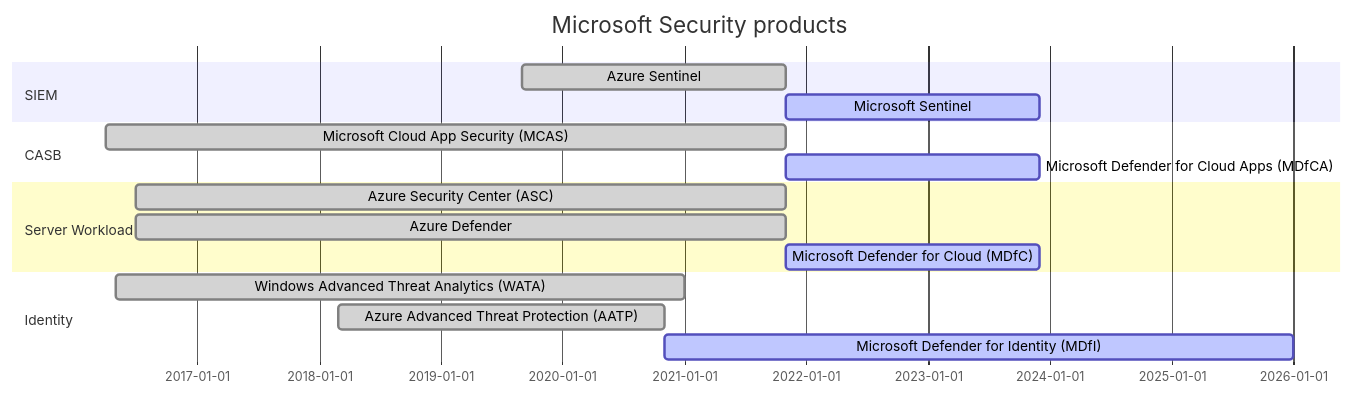
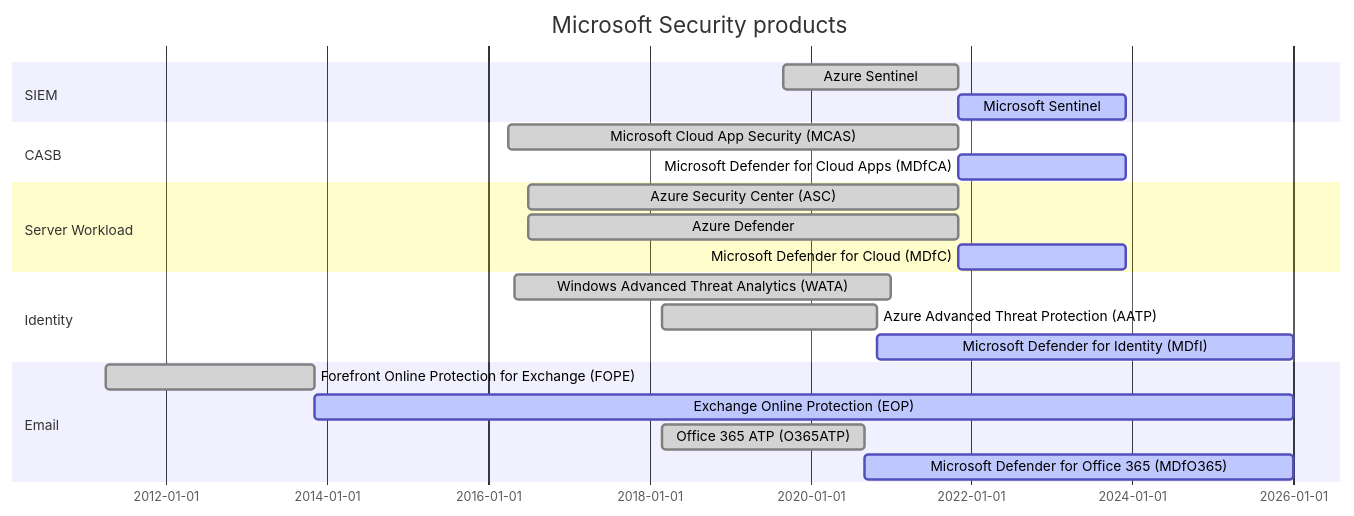
Before and after one commit to jlaundry/MicrosoftNaming: the second of 5 diagrams in README.md, drawn with Mermaid.

````diff
--- a/README.md
+++ b/README.md
@@ -33,25 +33,31 @@
 ```mermaid
 gantt
 dateFormat  YYYY-MM
 title Microsoft Security products
 excludes weekdays 2010-01-01
 
 section SIEM
 Azure Sentinel                            :done,   asentinel, 2019-09, 2021-11
 Microsoft Sentinel                        :active, msentinel, 2021-11, 2023-12
 
 section CASB
 Microsoft Cloud App Security (MCAS)       :done,        mcas, 2016-04, 2021-11
 Microsoft Defender for Cloud Apps (MDfCA) :active,     mdfca, 2021-11, 2023-12
 
 section Server Workload
 Azure Security Center (ASC)               :done,         asc, 2016-07, 2021-11
 Azure Defender                            :done,      azured, 2016-07, 2021-11
 Microsoft Defender for Cloud (MDfC)       :active,      mdfc, 2021-11, 2023-12
 
 section Identity
 Windows Advanced Threat Analytics (WATA)  :done,        wata, 2016-05, 2021-01
 Azure Advanced Threat Protection (AATP)   :done,        aatp, 2018-03, 2020-11
 Microsoft Defender for Identity (MDfI)    :active,      mdfi, 2020-11, 2026-01
 
+section Email
+Forefront Online Protection for Exchange (FOPE)  :done,      fope, 2011-04, 2013-11
+Exchange Online Protection (EOP)                 :active,     eop, 2013-11, 2026-01
+Office 365 ATP (O365ATP)                         :done,   o365atp, 2018-03, 2020-09
+Microsoft Defender for Office 365 (MDfO365)      :active,    mdfi, 2020-09, 2026-01
+
 ```
````
